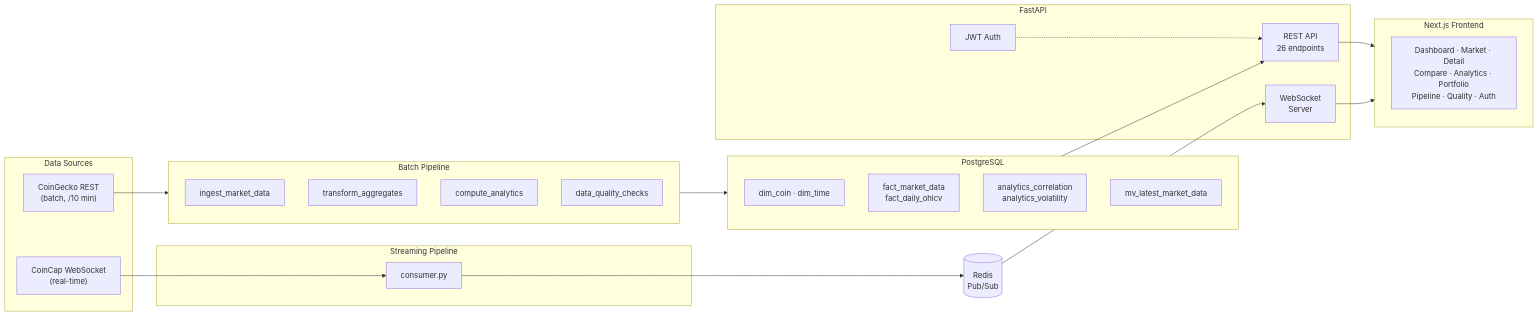
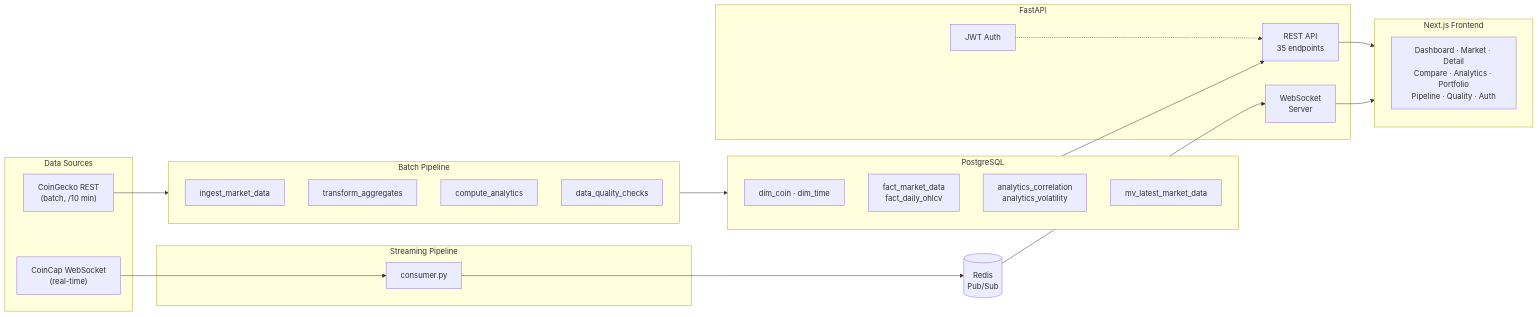
The first of 3 diagrams in README.md (deka641/cryptoflow), drawn with Mermaid before and after one commit. The commit also changed other lines of this file and 22 other files, not shown here.

````diff
--- a/README.md
+++ b/README.md
@@ -115,47 +115,47 @@
 ```mermaid
 flowchart LR
     subgraph sources["Data Sources"]
         CG["CoinGecko REST\n(batch, /10 min)"]
         CC["CoinCap WebSocket\n(real-time)"]
     end
 
     subgraph batch["Batch Pipeline"]
         B1["ingest_market_data"]
         B2["transform_aggregates"]
         B3["compute_analytics"]
         B4["data_quality_checks"]
     end
 
     subgraph streaming["Streaming Pipeline"]
         CON["consumer.py"]
     end
 
     REDIS[("Redis\nPub/Sub")]
 
     subgraph db["PostgreSQL"]
         DIM["dim_coin · dim_time"]
         FACT["fact_market_data\nfact_daily_ohlcv"]
         AN["analytics_correlation\nanalytics_volatility"]
         MV["mv_latest_market_data"]
     end
 
     subgraph api["FastAPI"]
-        REST["REST API\n26 endpoints"]
+        REST["REST API\n35 endpoints"]
         WS["WebSocket\nServer"]
         AUTH["JWT Auth"]
     end
 
     subgraph fe["Next.js Frontend"]
         PAGES["Dashboard · Market · Detail\nCompare · Analytics · Portfolio\nPipeline · Quality · Auth"]
     end
 
     CG --> batch
     CC --> CON
     batch --> db
     CON --> REDIS
     REDIS --> WS
     db --> REST
     AUTH -.-> REST
     REST --> fe
     WS --> fe
 ```
````
